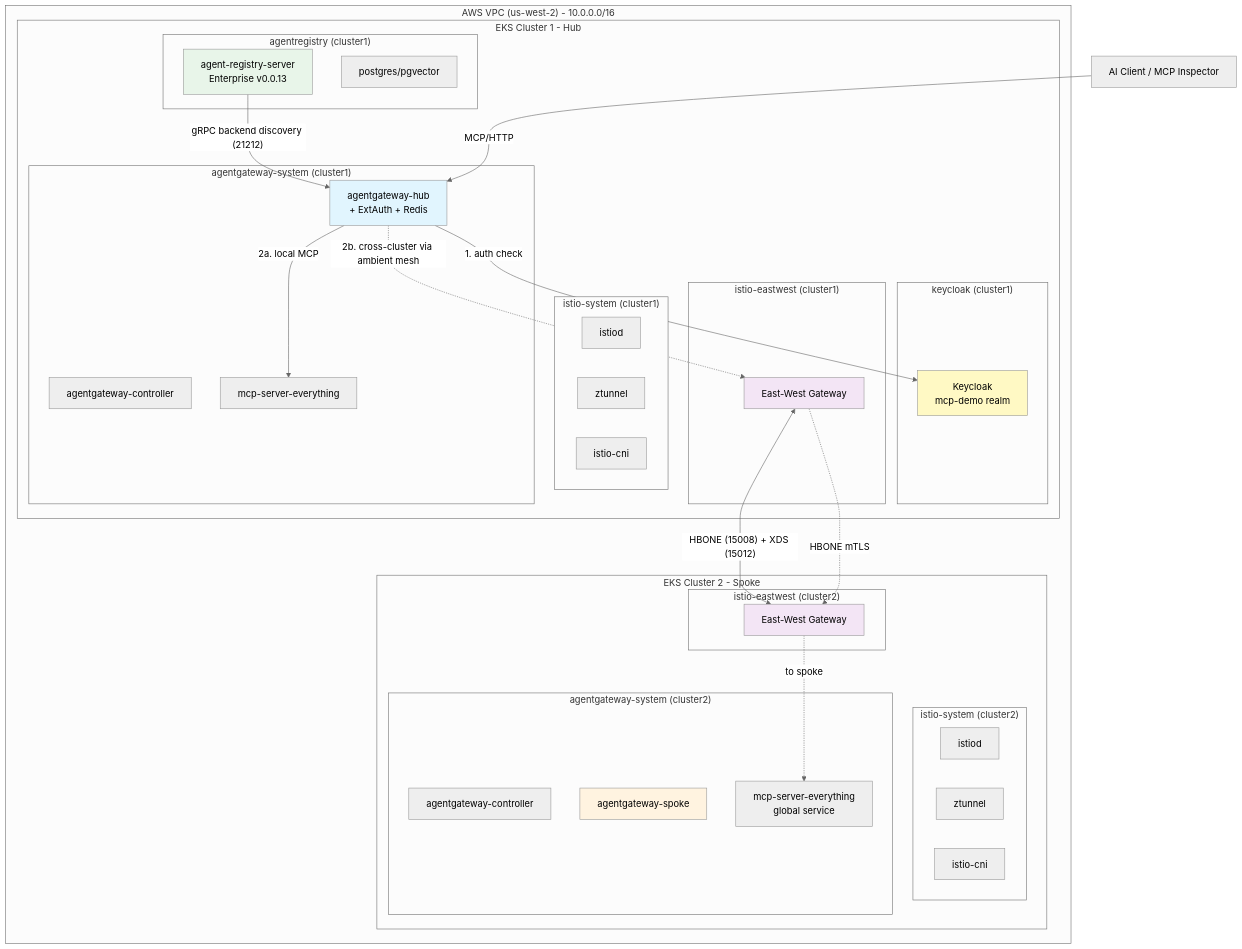
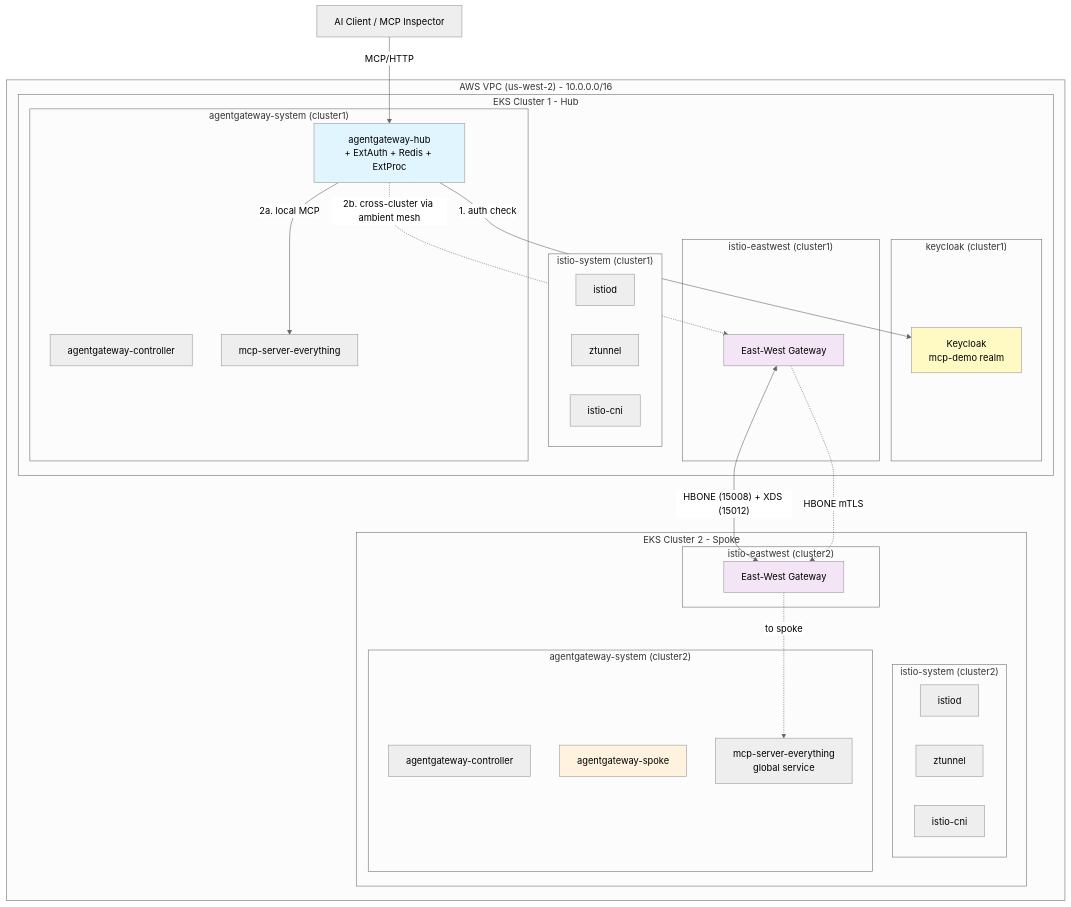
Before and after one commit to jamesilse-solo/agentgateway-multicluster-mcp-demo: the diagram in README.md, drawn with Mermaid (neutral theme). The commit also changed other lines of this file and 21 other files, not shown here.

First line of the commit message:
chore: scrub AgentRegistry from scripts, demo, examples, POC docs

````diff
--- a/README.md
+++ b/README.md
@@ -5,60 +5,54 @@
 ```mermaid
 graph TB
     subgraph "AWS VPC (us-west-2) - 10.0.0.0/16"
         subgraph "EKS Cluster 1 - Hub"
             subgraph "keycloak (cluster1)"
                 KC[Keycloak<br/>mcp-demo realm]
             end
             subgraph "istio-system (cluster1)"
                 ISTIOD1[istiod]
                 ZTUNNEL1[ztunnel]
                 CNI1[istio-cni]
             end
             subgraph "istio-eastwest (cluster1)"
                 EW1[East-West Gateway]
             end
             subgraph "agentgateway-system (cluster1)"
                 AGW_CTRL1[agentgateway-controller]
-                AGW_PROXY1[agentgateway-hub<br/>+ ExtAuth + Redis]
+                AGW_PROXY1[agentgateway-hub<br/>+ ExtAuth + Redis + ExtProc]
                 MCP_SERVER1[mcp-server-everything]
-            end
-            subgraph "agentregistry (cluster1)"
-                AREG1[agent-registry-server<br/>Enterprise v0.0.13]
-                AREG_PG1[postgres/pgvector]
             end
         end
 
         subgraph "EKS Cluster 2 - Spoke"
             subgraph "istio-system (cluster2)"
                 ISTIOD2[istiod]
                 ZTUNNEL2[ztunnel]
                 CNI2[istio-cni]
             end
             subgraph "istio-eastwest (cluster2)"
                 EW2[East-West Gateway]
             end
             subgraph "agentgateway-system (cluster2)"
                 AGW_CTRL2[agentgateway-controller]
                 AGW_PROXY2[agentgateway-spoke]
                 MCP_SERVER2[mcp-server-everything<br/>global service]
             end
         end
     end
 
     EW1 <-->|"HBONE (15008) + XDS (15012)"| EW2
     AGW_PROXY1 -->|"1. auth check"| KC
     AGW_PROXY1 -->|"2a. local MCP"| MCP_SERVER1
     AGW_PROXY1 -.->|"2b. cross-cluster via ambient mesh"| EW1
     EW1 -.->|"HBONE mTLS"| EW2
     EW2 -.->|"to spoke"| MCP_SERVER2
-    AREG1 -->|"gRPC backend discovery (21212)"| AGW_PROXY1
 
     CLIENT[AI Client / MCP Inspector] -->|"MCP/HTTP"| AGW_PROXY1
 
     style AGW_PROXY1 fill:#e1f5fe
     style AGW_PROXY2 fill:#fff3e0
     style EW1 fill:#f3e5f5
     style EW2 fill:#f3e5f5
     style KC fill:#fff9c4
-    style AREG1 fill:#e8f5e9
 ```
````
